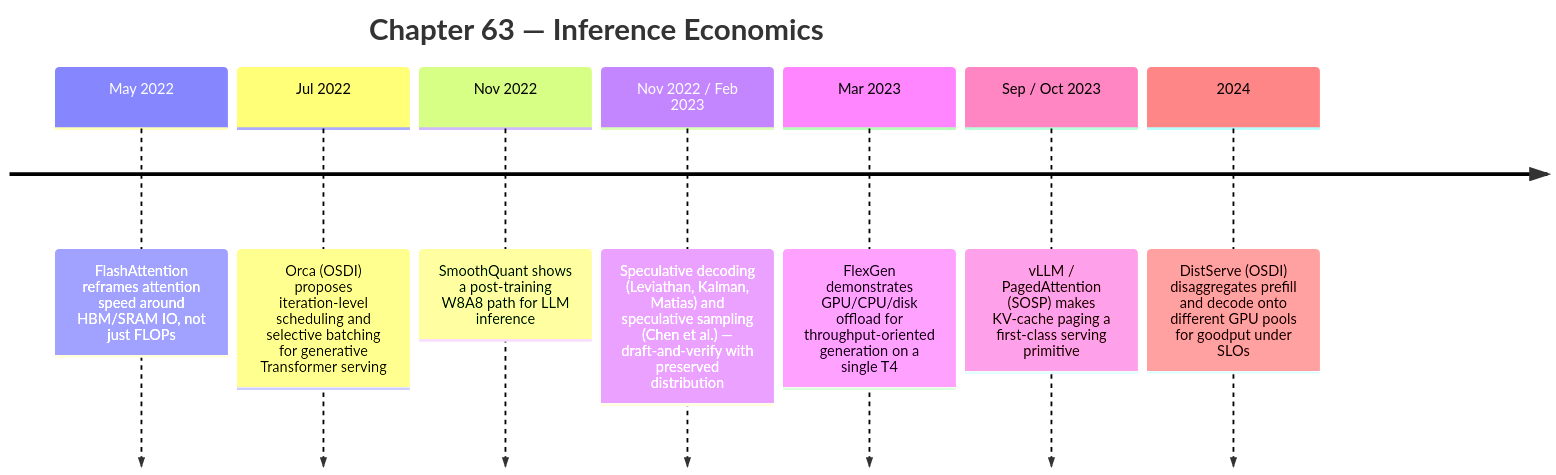
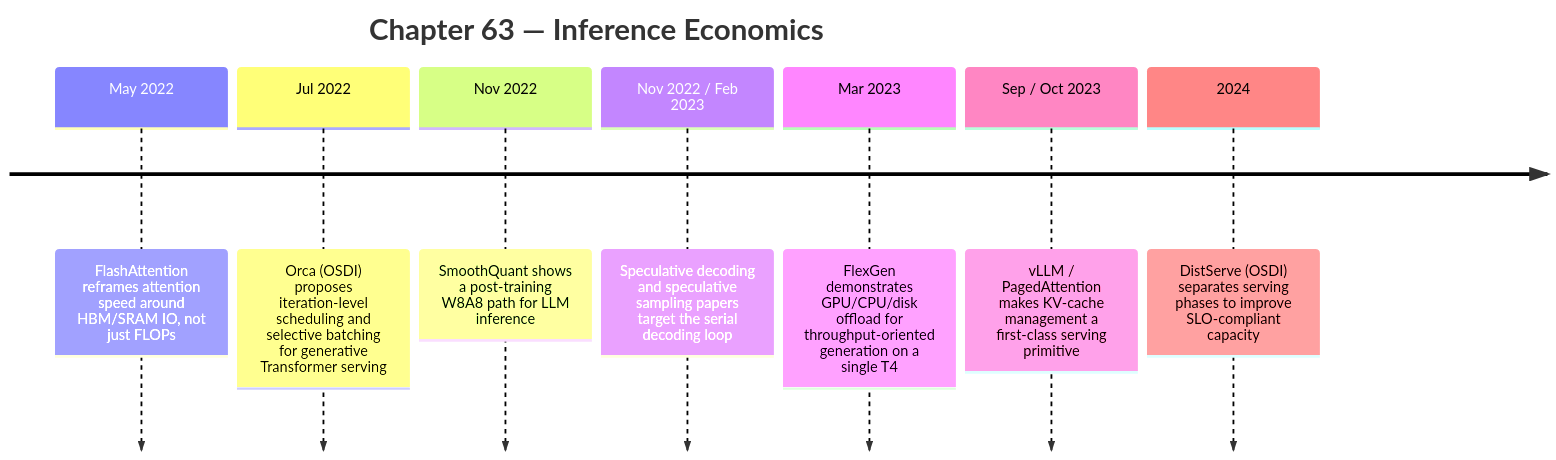
One commit to krisztiankoos/kubedojo changed the diagram in src/content/docs/ai-history/ch-63-inference-economics.md. Above: the diagram before and after it, drawn with Mermaid. The commit also changed other lines of this file and 2 other files, not shown here.

````diff
--- a/src/content/docs/ai-history/ch-63-inference-economics.md
+++ b/src/content/docs/ai-history/ch-63-inference-economics.md
@@ -29,11 +29,11 @@
 ```mermaid
 timeline
     title Chapter 63 — Inference Economics
     May 2022 : FlashAttention reframes attention speed around HBM/SRAM IO, not just FLOPs
     Jul 2022 : Orca (OSDI) proposes iteration-level scheduling and selective batching for generative Transformer serving
     Nov 2022 : SmoothQuant shows a post-training W8A8 path for LLM inference
-    Nov 2022 / Feb 2023 : Speculative decoding (Leviathan, Kalman, Matias) and speculative sampling (Chen et al.) — draft-and-verify with preserved distribution
+    Nov 2022 / Feb 2023 : Speculative decoding and speculative sampling papers target the serial decoding loop
     Mar 2023 : FlexGen demonstrates GPU/CPU/disk offload for throughput-oriented generation on a single T4
-    Sep / Oct 2023 : vLLM / PagedAttention (SOSP) makes KV-cache paging a first-class serving primitive
-    2024 : DistServe (OSDI) disaggregates prefill and decode onto different GPU pools for goodput under SLOs
+    Sep / Oct 2023 : vLLM / PagedAttention makes KV-cache management a first-class serving primitive
+    2024 : DistServe (OSDI) separates serving phases to improve SLO-compliant capacity
 ```
````
